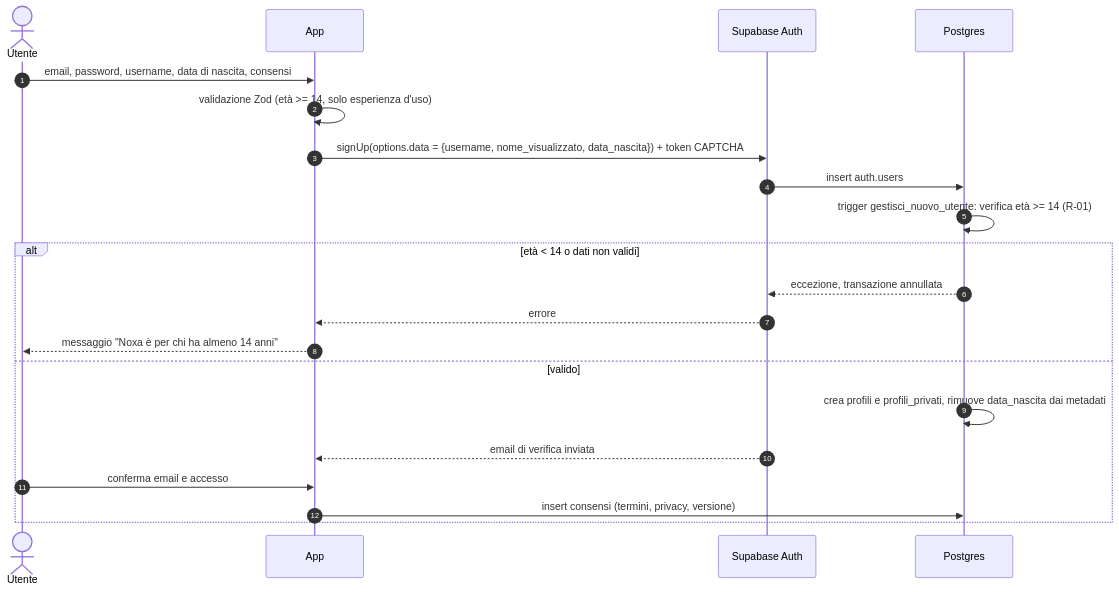
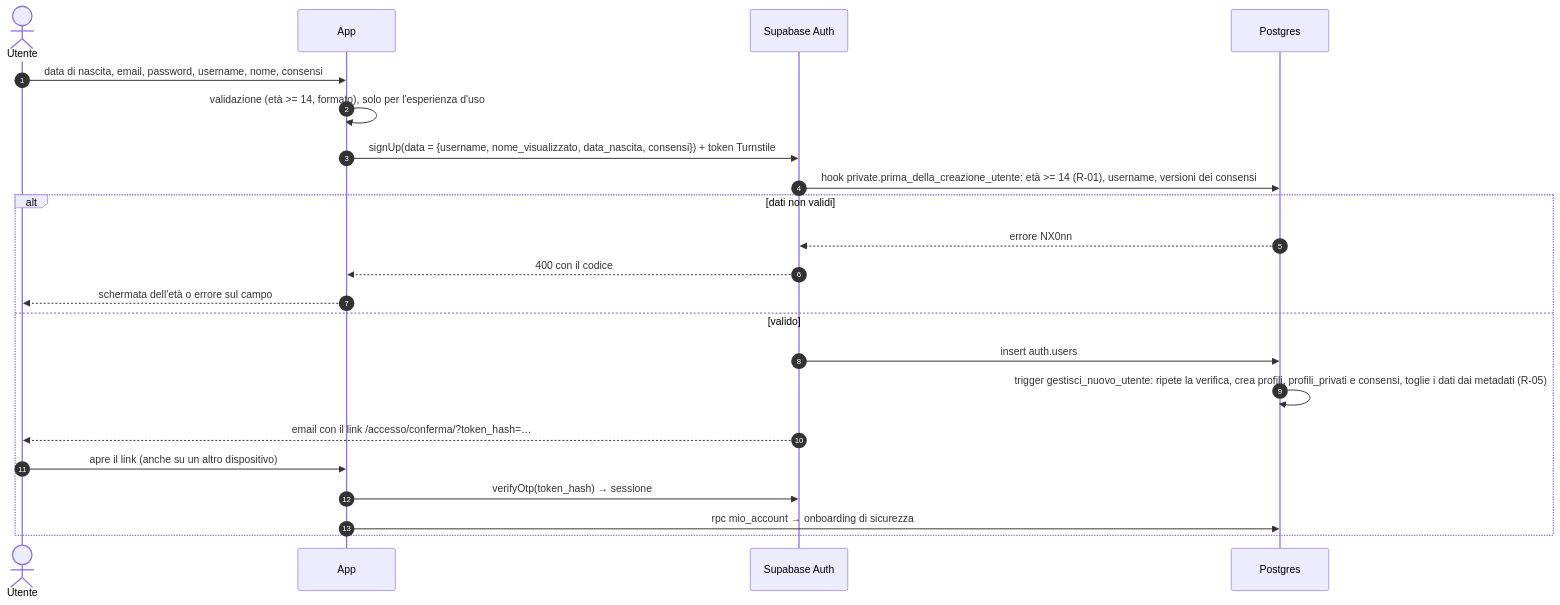
Before and after one commit to MatteoParrella/noxa: the second of 7 diagrams in docs/ARCHITECTURE.md, drawn with Mermaid. The commit also changed other lines of this file and 13 other files, not shown here.

Commit message:
aggiorna documenti, ADR-0020 e brief per account e sicurezza di base

````diff
--- a/docs/ARCHITECTURE.md
+++ b/docs/ARCHITECTURE.md
@@ -123,23 +123,24 @@
 ```mermaid
 sequenceDiagram
     autonumber
     actor U as Utente
     participant A as App
     participant AU as Supabase Auth
     participant DB as Postgres
-    U->>A: email, password, username, data di nascita, consensi
-    A->>A: validazione Zod (età >= 14, solo esperienza d'uso)
-    A->>AU: signUp(options.data = {username, nome_visualizzato, data_nascita}) + token CAPTCHA
-    AU->>DB: insert auth.users
-    DB->>DB: trigger gestisci_nuovo_utente: verifica età >= 14 (R-01)
-    alt età < 14 o dati non validi
-        DB-->>AU: eccezione, transazione annullata
-        AU-->>A: errore
-        A-->>U: messaggio "Noxa è per chi ha almeno 14 anni"
+    U->>A: data di nascita, email, password, username, nome, consensi
+    A->>A: validazione (età >= 14, formato), solo per l'esperienza d'uso
+    A->>AU: signUp(data = {username, nome_visualizzato, data_nascita, consensi}) + token Turnstile
+    AU->>DB: hook private.prima_della_creazione_utente: età >= 14 (R-01), username, versioni dei consensi
+    alt dati non validi
+        DB-->>AU: errore NX0nn
+        AU-->>A: 400 con il codice
+        A-->>U: schermata dell'età o errore sul campo
     else valido
-        DB->>DB: crea profili e profili_privati, rimuove data_nascita dai metadati
-        AU-->>A: email di verifica inviata
-        U->>A: conferma email e accesso
-        A->>DB: insert consensi (termini, privacy, versione)
+        AU->>DB: insert auth.users
+        DB->>DB: trigger gestisci_nuovo_utente: ripete la verifica, crea profili, profili_privati e consensi, toglie i dati dai metadati (R-05)
+        AU-->>U: email con il link /accesso/conferma/?token_hash=…
+        U->>A: apre il link (anche su un altro dispositivo)
+        A->>AU: verifyOtp(token_hash) → sessione
+        A->>DB: rpc mio_account → onboarding di sicurezza
     end
 ```
````
